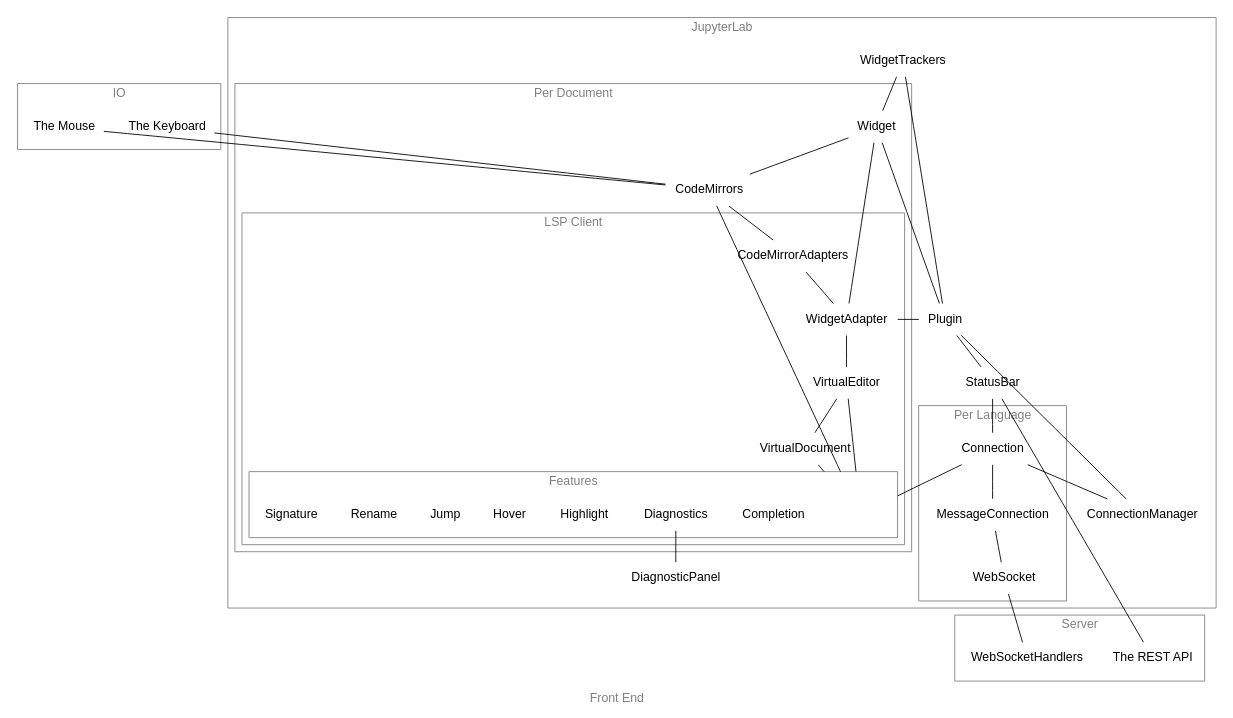
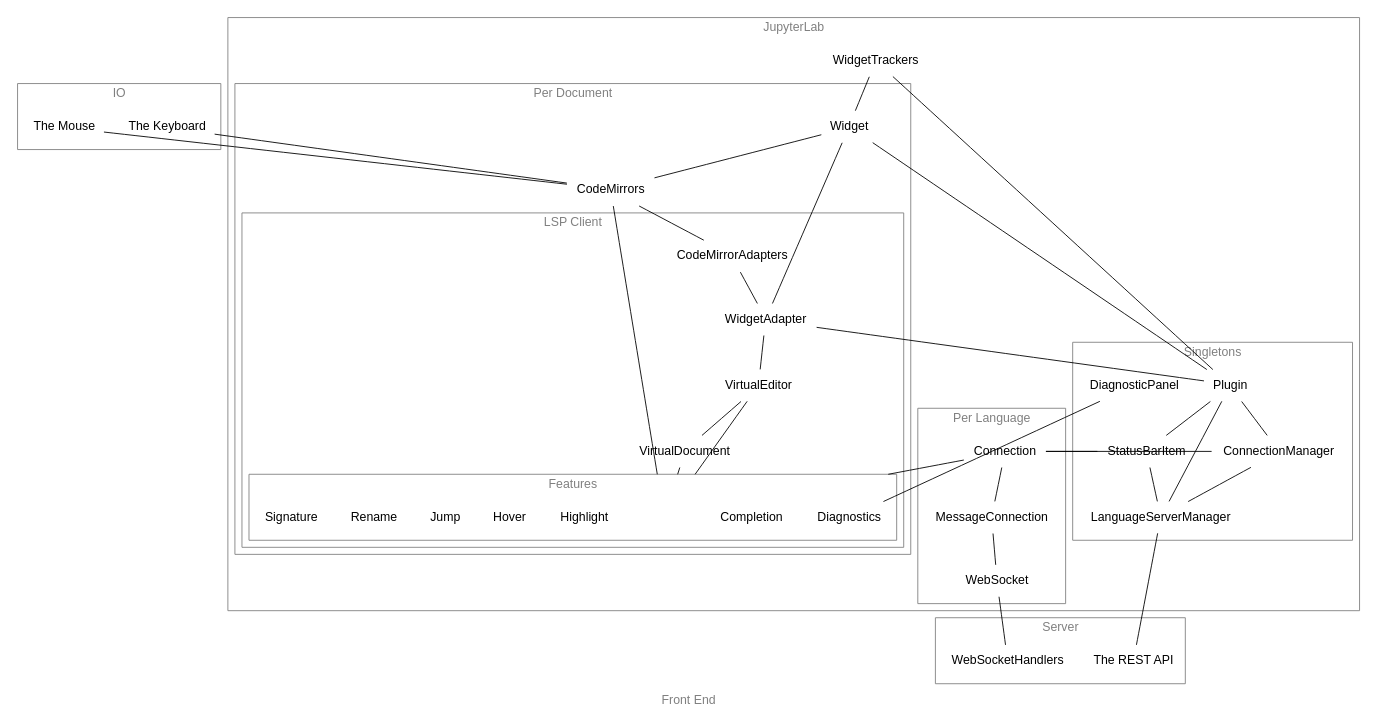
One commit to jupyter-lsp/jupyterlab-lsp changed the diagram in docs/dot/as-is/frontend.dot. Above: the diagram before and after it, drawn with Graphviz. The commit also changed 1 other file, not shown here.

```diff
--- a/docs/dot/as-is/frontend.dot
+++ b/docs/dot/as-is/frontend.dot
@@ -1,64 +1,67 @@
 graph backend {
     label="Front End"
     splines="line"
     compound=true
     fontname="sans-serif" fontcolor=grey
     node[shape=none fontname="sans-serif"]
     edge[fontname="sans-serif"]
     graph[fontcolor=grey color=grey]
 
     subgraph cluster_io { label="IO"
         Keyboard[label="The Keyboard"]
         Mouse[label="The Mouse"]
     }
     subgraph cluster_server { label="Server"
         RestAPI[label="The REST API"]
         WebSocketHandlers
     }
     subgraph cluster_lab { label="JupyterLab"
-        Plugin
-        StatusBar
+        subgraph cluster_singletons { label="Singletons"
+            Plugin
+            StatusBarItem
+            DiagnosticPanel
+            ConnectionManager
+            LanguageServerManager
+        }
         WidgetTrackers
-        DiagnosticPanel
-        ConnectionManager
-             
+        
         subgraph cluster_lang {label="Per Language"
             Connection
             MessageConnection
             WebSocket
         }
         subgraph cluster_doc { label="Per Document"
             Widget
             CodeMirrors
             subgraph cluster_doc_lsp { label="LSP Client"
                 WidgetAdapter
                 VirtualEditor
                 VirtualDocument
                 CodeMirrorAdapters
                 subgraph cluster_features { label="Features"
                     Feature[style=invisible]
                     Completion
                     Diagnostics
                     Highlight
                     Hover
                     Jump
                     Rename
                     Signature
                 }
             }
         }
     }
     
     {Connection CodeMirrors VirtualDocument VirtualEditor} -- Feature[lhead=cluster_features];
     Diagnostics -- DiagnosticPanel
-    Connection -- ConnectionManager
+    Connection -- ConnectionManager -- LanguageServerManager -- RestAPI
     CodeMirrors -- CodeMirrorAdapters -- WidgetAdapter
     WidgetAdapter -- VirtualEditor -- VirtualDocument
     WidgetTrackers -- {Plugin -- Widget} 
-    StatusBar -- Connection
-    Widget -- WidgetAdapter -- Plugin -- StatusBar -- RestAPI
+    StatusBarItem -- Connection
+    Widget -- WidgetAdapter -- Plugin -- StatusBarItem -- LanguageServerManager
     Widget -- CodeMirrors
-    Plugin -- ConnectionManager
+    Plugin -- {ConnectionManager LanguageServerManager}
     Connection -- MessageConnection -- WebSocket -- WebSocketHandlers
     {Keyboard Mouse} -- CodeMirrors
 }
```
